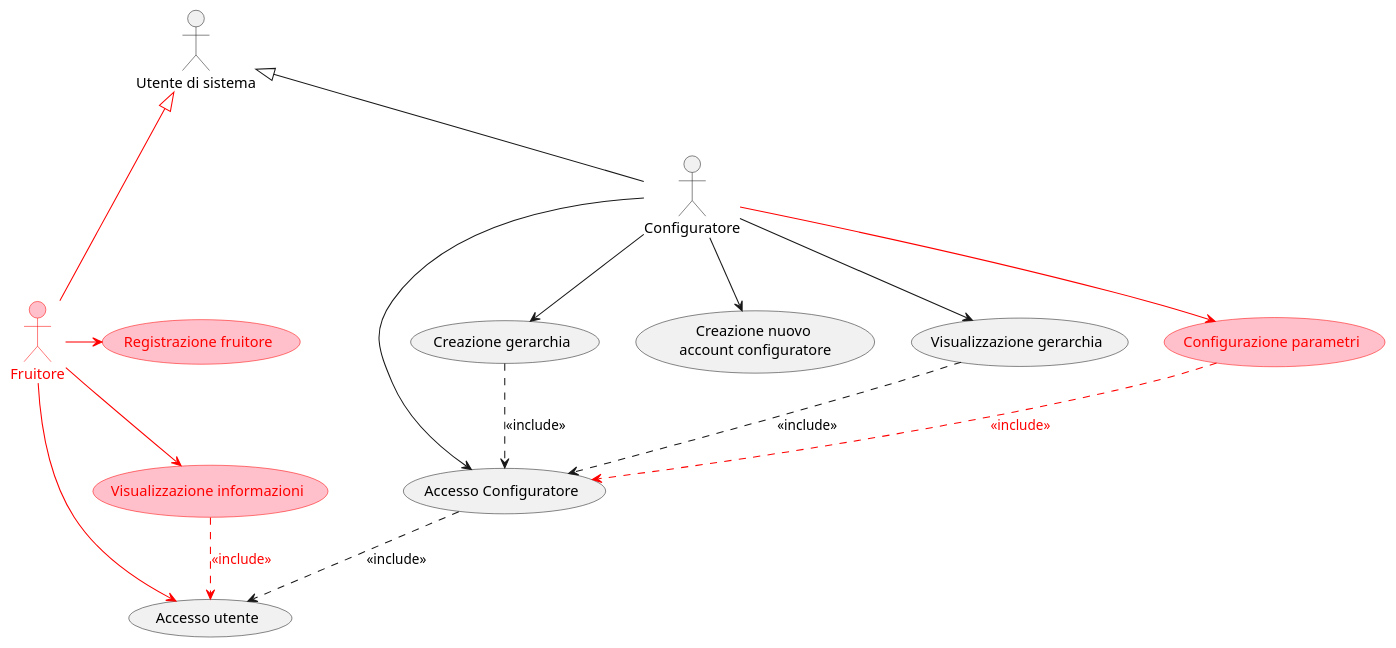
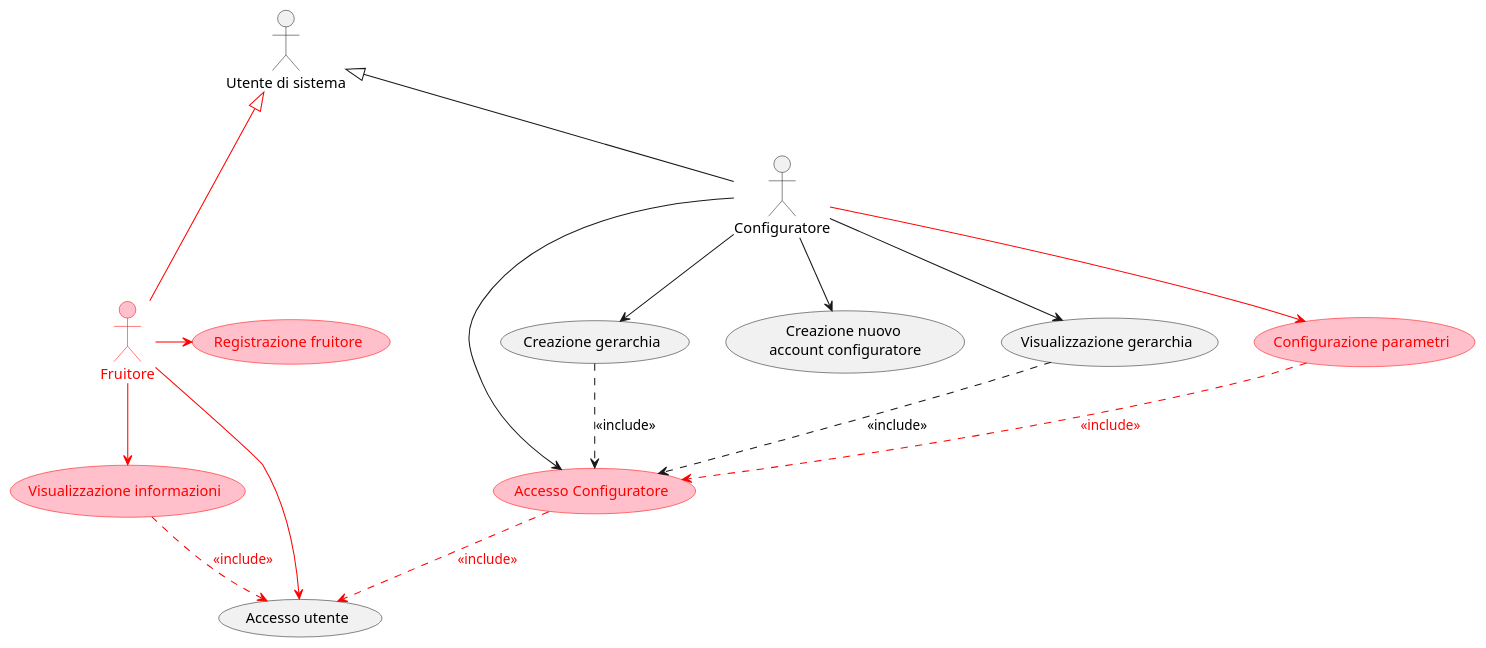
Before and after one commit to Matlice/ing_sw_2022: the diagram in DOC/VER2/diagrams/use_case/version_2.puml, drawn with PlantUML. The commit also changed 2 other files, not shown here.

Commit message:
Configurazione parametri al primo accesso

```diff
--- a/DOC/VER2/diagrams/use_case/version_2.puml
+++ b/DOC/VER2/diagrams/use_case/version_2.puml
@@ -1,35 +1,36 @@
 @startuml
 
 :Utente di sistema: as user
 :Configuratore: as conf
 
 conf -up-|> user
 conf --> (Accesso Configuratore)
 conf --> (Creazione gerarchia)
 
 conf --> (Creazione nuovo \naccount configuratore)
 conf --> (Visualizzazione gerarchia)
 
-(Accesso Configuratore) ..> (Accesso utente): <<include>>
 (Creazione gerarchia) ..> (Accesso Configuratore): <<include>>
 (Visualizzazione gerarchia) ..> (Accesso Configuratore): <<include>>
 
 'VERSIONE 2 ===========================================
 
 :Fruitore: as fruit #pink;line:red;text:red
 
 fruit -up-|> user #red;text:red
 
-(Configurazione parametri)  #pink;line:red;text:red
+(Accesso Configuratore) #pink;line:red;text:red
+(Configurazione parametri) #pink;line:red;text:red
 (Registrazione fruitore) #pink;line:red;text:red
 (Visualizzazione informazioni) #pink;line:red;text:red
 
 conf --> (Configurazione parametri) #red;text:red
 fruit --> (Visualizzazione informazioni) #red;text:red
 fruit -right-> (Registrazione fruitore) #red;text:red
 fruit --> (Accesso utente) #red;text:red
+(Accesso Configuratore) ..> (Accesso utente) #red;text:red : <<include>> 
 (Configurazione parametri) ..> (Accesso Configuratore) #red;text:red : <<include>>
 
 (Visualizzazione informazioni) ..> (Accesso utente) #red;text:red : <<include>>
 
 @enduml
```
